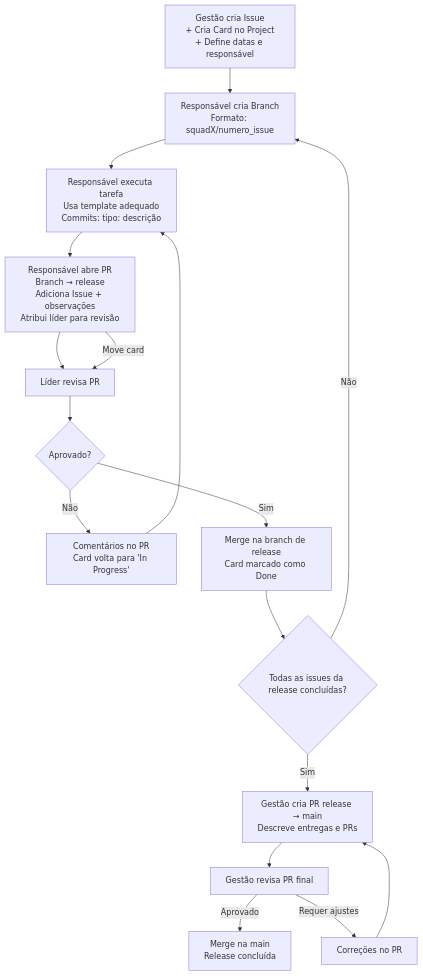
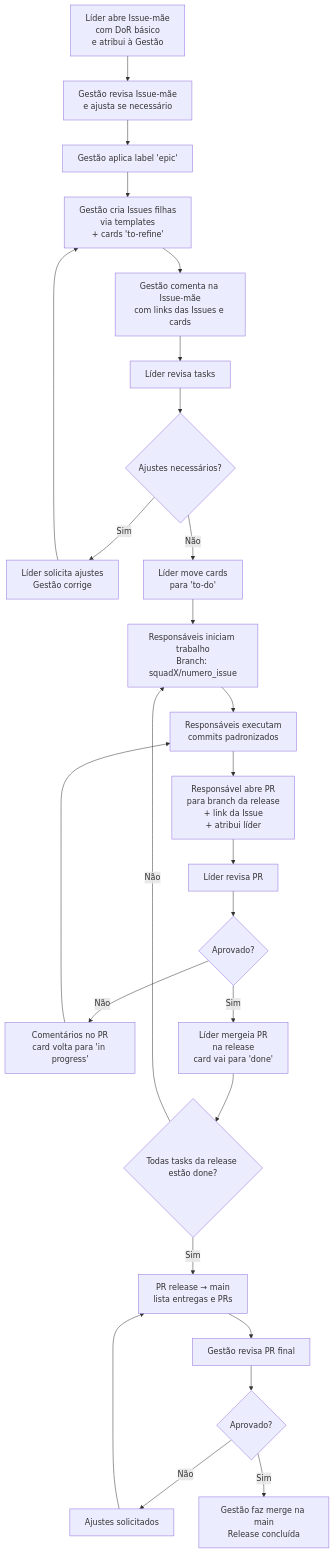
One commit to PDC-ESIA/AI4ES changed the diagram in CONTRIBUTING.md. Above: the diagram before and after it, drawn with Mermaid. The commit also changed other lines of this file and 1 other file, not shown here.

Commit message:
update: adicionando fluxo da gestão

````diff
--- a/CONTRIBUTING.md
+++ b/CONTRIBUTING.md
@@ -194,32 +149,53 @@
-```mermaid 
+```mermaid
 flowchart TD
 
-    %% NODES PRINCIPAIS
-    A[Gestão cria Issue<br/>+ Cria Card no Project<br/>+ Define datas e responsável] --> B
+    %% Abertura e planejamento
 
-    B[Responsável cria Branch<br/>Formato: squadX/numero_issue] --> C
+    A[Líder abre Issue-mãe<br/>com DoR básico<br/>e atribui à Gestão] --> B
 
-    C[Responsável executa tarefa<br/>Usa template adequado<br/>Commits: tipo: descrição] --> D
+    B[Gestão revisa Issue-mãe<br/>e ajusta se necessário] --> C
 
-    D[Responsável abre PR<br/>Branch → release<br/>Adiciona Issue + observações<br/>Atribui líder para revisão] --> E
+    C[Gestão aplica label 'epic'] --> D
 
-    D --> |Move card| E
+    D[Gestão cria Issues filhas<br/>via templates<br/>+ cards 'to-refine'] --> E
 
-    E[Líder revisa PR] --> F{Aprovado?}
+    E[Gestão comenta na Issue-mãe<br/>com links das Issues e cards] --> F
 
-    F --> |Não| G[Comentários no PR<br/>Card volta para 'In Progress'] --> C
+    %% Revisão do líder
 
-    F --> |Sim| H[Merge na branch de release<br/>Card marcado como Done]
+    F[Líder revisa tasks] --> G{Ajustes necessários?}
 
-    H --> I{Todas as issues da release concluídas?}
+    G --> |Sim| H[Líder solicita ajustes<br/>Gestão corrige] --> D
 
-    I --> |Não| B
+    G --> |Não| I[Líder move cards<br/>para 'to-do'] --> J
 
-    I --> |Sim| J[Gestão cria PR release → main<br/>Descreve entregas e PRs]
+    %% Execução
 
-    J --> K[Gestão revisa PR final]
+    J[Responsáveis iniciam trabalho<br/>Branch: squadX/numero_issue] --> K[Responsáveis executam<br/>commits padronizados]
 
-    K --> |Aprovado| L[Merge na main<br/>Release concluída]
+    K --> L[Responsável abre PR<br/>para branch da release<br/>+ link da Issue<br/>+ atribui líder]
 
-    K --> |Requer ajustes| M[Correções no PR] --> J
+    L --> M[Líder revisa PR]
+
+    M --> N{Aprovado?}
+
+    N --> |Não| O[Comentários no PR<br/>card volta para 'in progress'] --> K
+
+    N --> |Sim| P[Líder mergeia PR<br/>na release<br/>card vai para 'done']
+
+    %% Fechamento de release
+
+    P --> Q{Todas tasks da release estão done?}
+
+    Q --> |Não| J
+
+    Q --> |Sim| R[PR release → main<br/>lista entregas e PRs]
+
+    R --> S[Gestão revisa PR final]
+
+    S --> T{Aprovado?}
+
+    T --> |Não| U[Ajustes solicitados] --> R
+
+    T --> |Sim| V[Gestão faz merge na main<br/>Release concluída]
 ```
````
